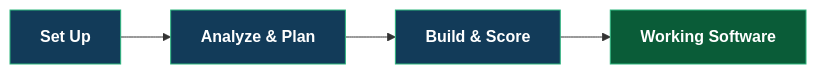
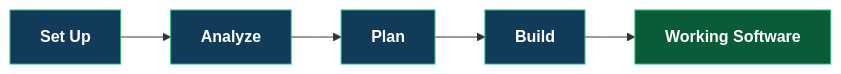
The first of 2 diagrams in docs/QUICK_START.md (webcloudstudio/Drydock), drawn with Mermaid before and after one commit. The commit also changed other lines of this file and 10 other files, not shown here.

````diff
--- a/docs/QUICK_START.md
+++ b/docs/QUICK_START.md
@@ -19,11 +19,12 @@
 ```mermaid
 flowchart LR
-    S["Set Up"] --> A["Analyze & Plan"]
-    A --> I["Build & Score"]
+    S["Set Up"] --> A["Analyze"]
+    A --> P["Plan"]
+    P --> I["Build"]
     I --> W["Working Software"]
 
     classDef phase fill:#123b59,stroke:#2cb67d,color:#fff,font-weight:bold
     classDef result fill:#0a5c38,stroke:#2cb67d,color:#fff,font-weight:bold
-    class S,A,I phase
+    class P,S,A,I phase
     class W result
 ```
````
